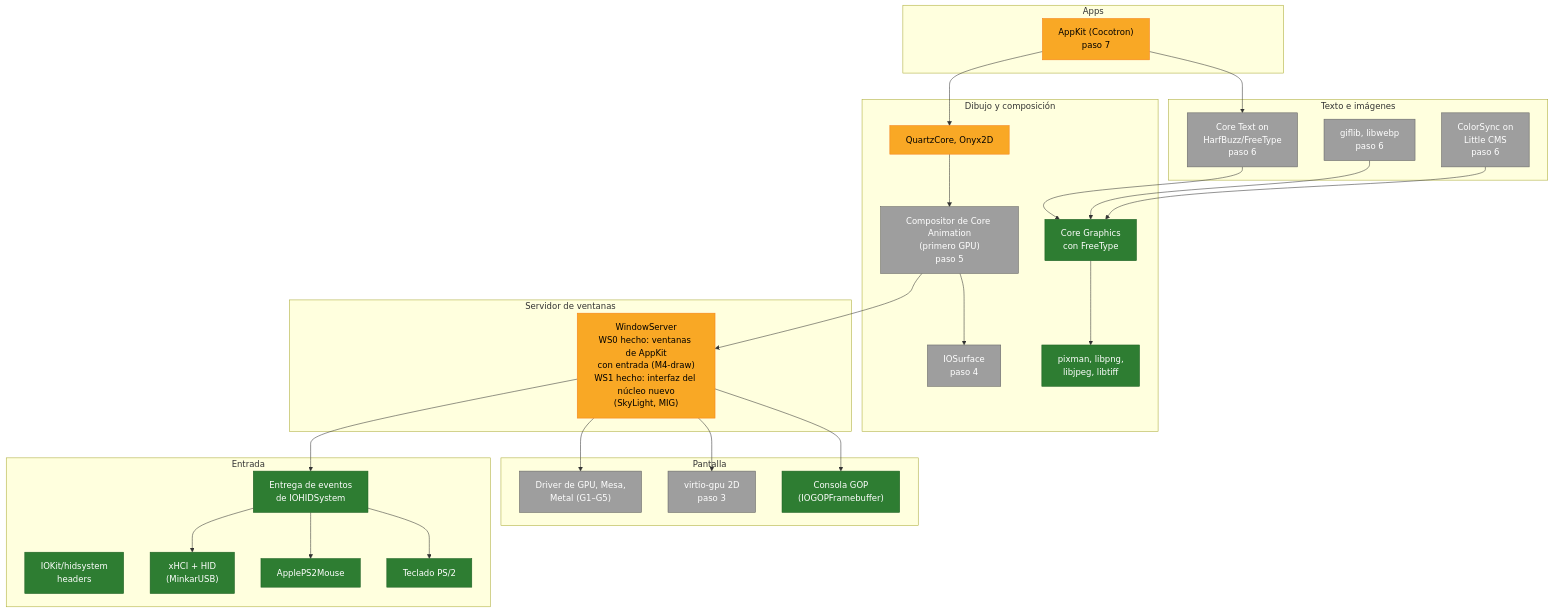
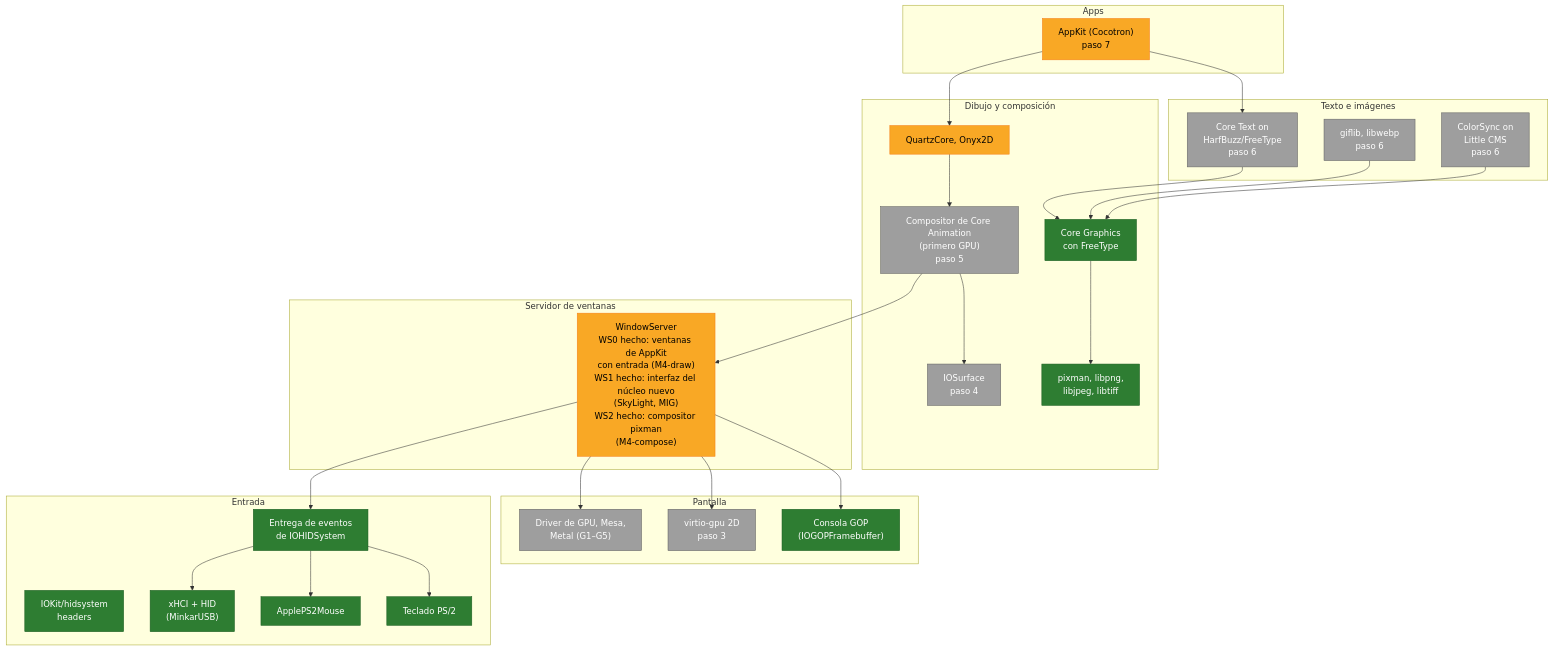
The third of 4 diagrams in Docs/Progress.es.md (minkaros/minkar), drawn with Mermaid before and after one commit. The commit also changed other lines of this file and 5 other files, not shown here.

First line of the commit message:
Docs: WS2 done (the new server composites AppKit windows, gate M4-compose)

````diff
--- a/Docs/Progress.es.md
+++ b/Docs/Progress.es.md
@@ -73,48 +73,48 @@
 ```mermaid
 flowchart TB
     subgraph APPS["Apps"]
         AK["AppKit (Cocotron)<br/>paso 7"]:::partial
     end
     subgraph TEXT["Texto e imágenes"]
         CT["Core Text on<br/>HarfBuzz/FreeType<br/>paso 6"]:::todo
         IMG["giflib, libwebp<br/>paso 6"]:::todo
         CS["ColorSync on<br/>Little CMS<br/>paso 6"]:::todo
     end
     subgraph DRAW["Dibujo y composición"]
         CG["Core Graphics<br/>con FreeType"]:::done
         LIBS["pixman, libpng,<br/>libjpeg, libtiff"]:::done
         QC["QuartzCore, Onyx2D"]:::partial
         CA["Compositor de Core Animation<br/>(primero GPU)<br/>paso 5"]:::todo
         IOS["IOSurface<br/>paso 4"]:::todo
     end
     subgraph SERVER["Servidor de ventanas"]
-        WS["WindowServer<br/>WS0 hecho: ventanas de AppKit<br/>con entrada (M4-draw)<br/>WS1 hecho: interfaz del núcleo nuevo<br/>(SkyLight, MIG)"]:::partial
+        WS["WindowServer<br/>WS0 hecho: ventanas de AppKit<br/>con entrada (M4-draw)<br/>WS1 hecho: interfaz del núcleo nuevo<br/>(SkyLight, MIG)<br/>WS2 hecho: compositor pixman<br/>(M4-compose)"]:::partial
     end
     subgraph INPUT["Entrada"]
         HIDH["IOKit/hidsystem<br/>headers"]:::done
         USB["xHCI + HID<br/>(MinkarUSB)"]:::done
         KBD["Teclado PS/2"]:::done
         MOUSE["ApplePS2Mouse"]:::done
         HIDS["Entrega de eventos<br/>de IOHIDSystem"]:::done
     end
     subgraph DISPLAY["Pantalla"]
         GOP["Consola GOP<br/>(IOGOPFramebuffer)"]:::done
         VGPU["virtio-gpu 2D<br/>paso 3"]:::todo
         GPUD["Driver de GPU, Mesa,<br/>Metal (G1–G5)"]:::todo
     end
 
     AK --> CT & QC
     CT --> CG
     QC --> CA --> IOS
     CA --> WS
     WS --> GOP & VGPU & GPUD
     WS --> HIDS
     HIDS --> KBD & MOUSE & USB
     CG --> LIBS
     IMG --> CG
     CS --> CG
 
     classDef done fill:#2e7d32,stroke:#1b5e20,color:#fff
     classDef partial fill:#f9a825,stroke:#f57f17,color:#000
     classDef todo fill:#9e9e9e,stroke:#616161,color:#fff
 ```
````
